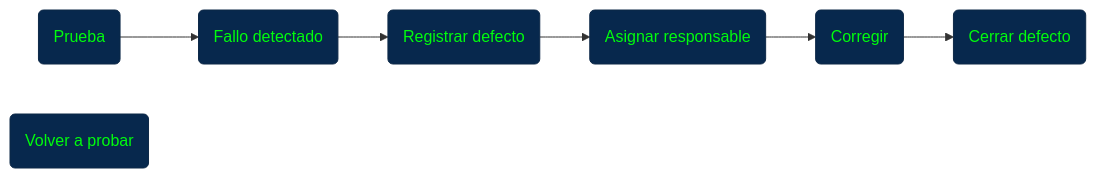
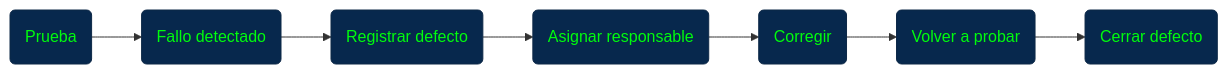
Diagram 17 of 22 in Knowledge Base/1 Fundamentos Esenciales/3. Conceptos Intermedios/40 - 49/49 Testing y Calidad del Código.md (JhalexR/learning-journey), drawn with Mermaid before and after one commit. The commit also changed other lines of this file, not shown here.

````diff
--- a/Knowledge Base/1 Fundamentos Esenciales/3. Conceptos Intermedios/40 - 49/49 Testing y Calidad del Código.md
+++ b/Knowledge Base/1 Fundamentos Esenciales/3. Conceptos Intermedios/40 - 49/49 Testing y Calidad del Código.md
@@ -981,22 +983,22 @@
 ```mermaid
 
 flowchart LR
 
 A(Prueba)
 B(Fallo detectado)
 C(Registrar defecto)
 D(Asignar responsable)
 E(Corregir)
 F(Volver a probar)
 G(Cerrar defecto)
 
-A --> B --> C --> D --> E --> G
+A --> B --> C --> D --> E --> F --> G
 
 style A fill:#07284d,stroke:#0d2847,stroke-width:1px,color:#00fc0d;
 style B fill:#07284d,stroke:#0d2847,stroke-width:1px,color:#00fc0d;
 style C fill:#07284d,stroke:#0d2847,stroke-width:1px,color:#00fc0d;
 style D fill:#07284d,stroke:#0d2847,stroke-width:1px,color:#00fc0d;
 style E fill:#07284d,stroke:#0d2847,stroke-width:1px,color:#00fc0d;
 style F fill:#07284d,stroke:#0d2847,stroke-width:1px,color:#00fc0d;
 style G fill:#07284d,stroke:#0d2847,stroke-width:1px,color:#00fc0d;
 ```
````
